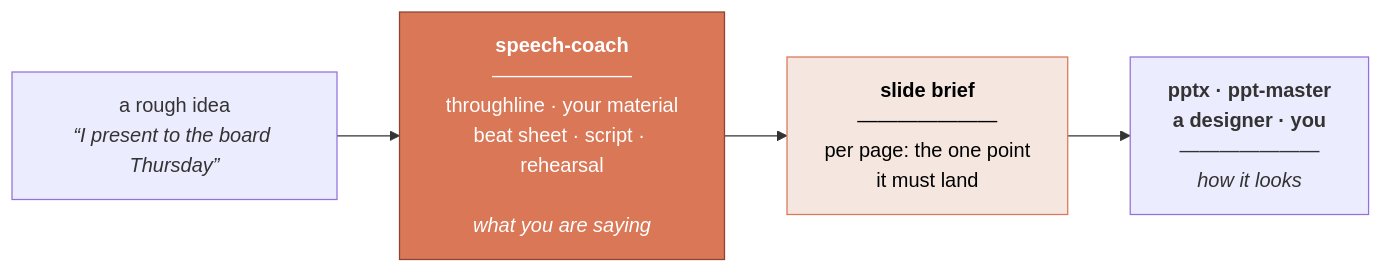
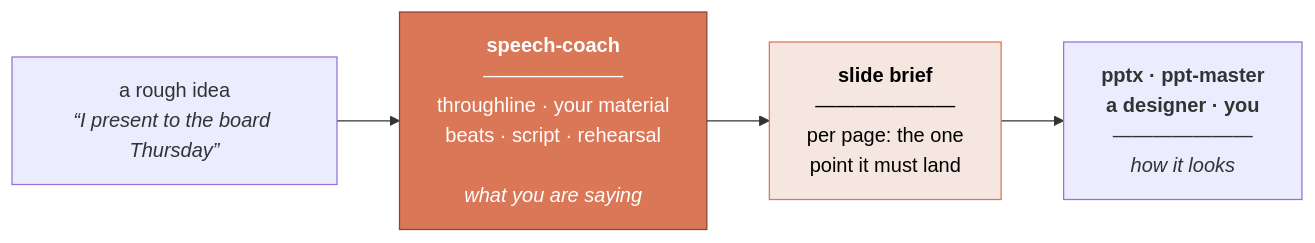
The diagram in README.md (WinterDDo/Speech-Coach-Skill), drawn with Mermaid before and after one commit. The commit also changed other lines of this file and 1 other file, not shown here.

````diff
--- a/README.md
+++ b/README.md
@@ -37,9 +109,9 @@
 ```mermaid
 flowchart LR
     A["a rough idea<br/><i>“I present to the board Thursday”</i>"] --> B
-    B["<b>speech-coach</b><br/>———————<br/>throughline · your material<br/>beat sheet · script · rehearsal<br/><br/><i>what you are saying</i>"]
-    B --> C["<b>slide brief</b><br/>———————<br/>per page: the one point<br/>it must land"]
+    B["<b>speech-coach</b><br/>———————<br/>throughline · your material<br/>beats · script · rehearsal<br/><br/><i>what you are saying</i>"]
+    B --> C["<b>slide brief</b><br/>———————<br/>per page: the one<br/>point it must land"]
     C --> D["<b>pptx · ppt-master</b><br/><b>a designer · you</b><br/>———————<br/><i>how it looks</i>"]
     style B fill:#D97757,stroke:#8a4433,color:#fff
     style C fill:#f5e6df,stroke:#D97757,color:#000
 ```
````
